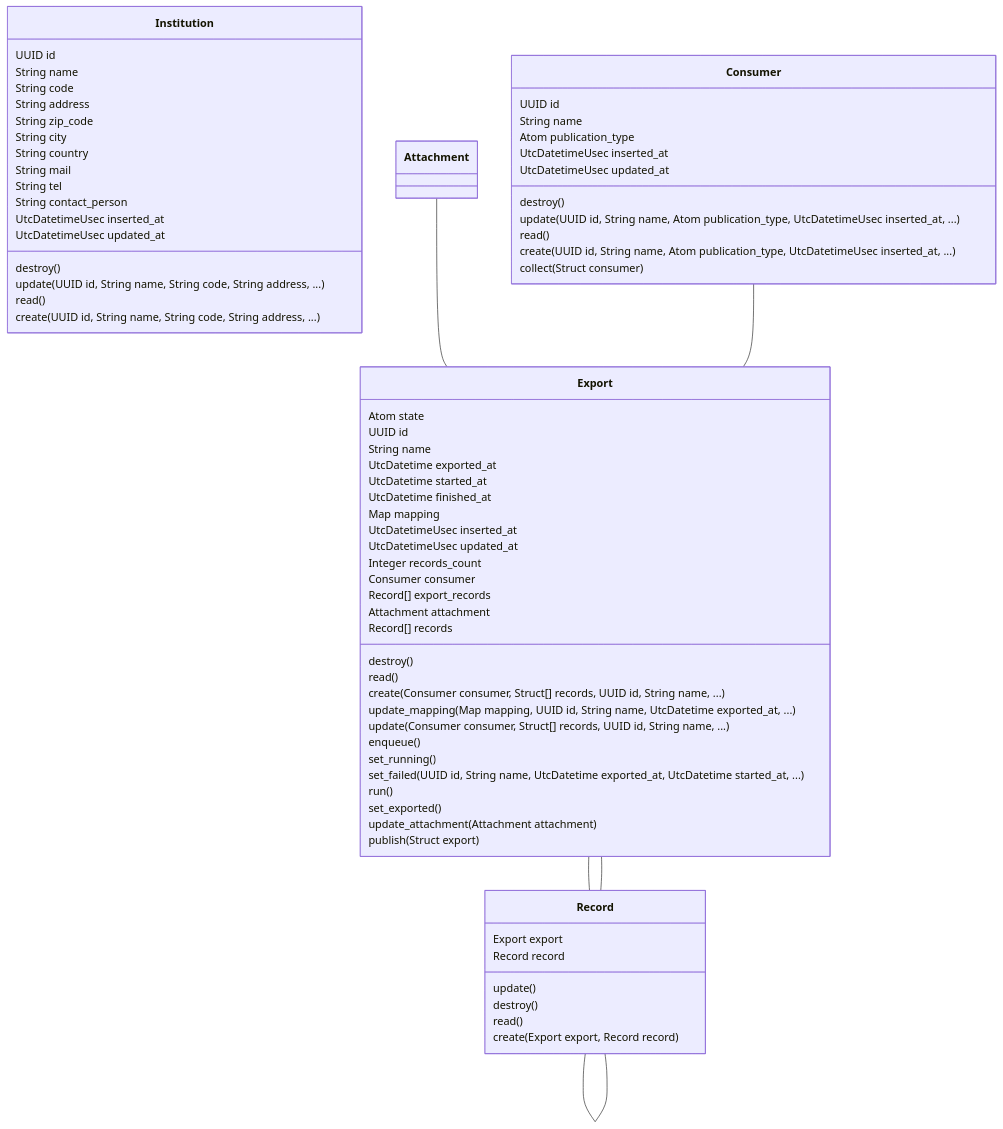
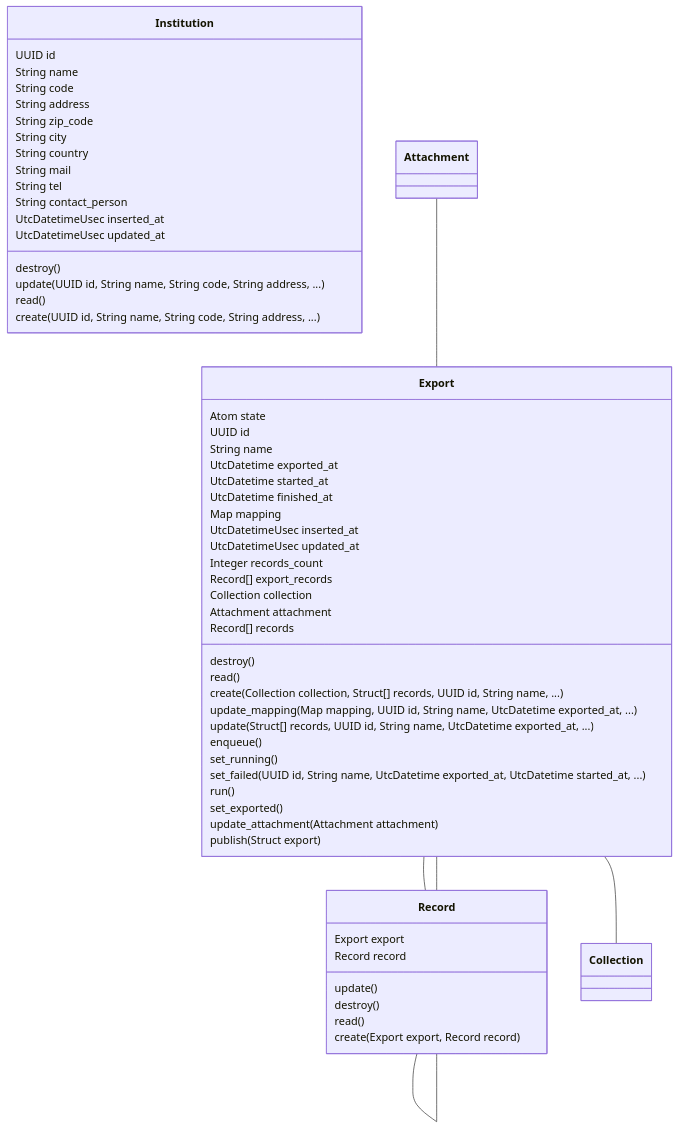
The diagram in lib/data_aggregator/platform/platform-mermaid-class-diagram.md (zebbra/data_aggregator), drawn with Mermaid before and after one commit. The commit also changed 6 other files, not shown here.

````diff
--- a/lib/data_aggregator/platform/platform-mermaid-class-diagram.md
+++ b/lib/data_aggregator/platform/platform-mermaid-class-diagram.md
@@ -1,76 +1,64 @@
 ```mermaid
 classDiagram
     class Institution {
         UUID id
         String name
         String code
         String address
         String zip_code
         String city
         String country
         String mail
         String tel
         String contact_person
         UtcDatetimeUsec inserted_at
         UtcDatetimeUsec updated_at
         destroy()
         update(UUID id, String name, String code, String address, ...)
         read()
         create(UUID id, String name, String code, String address, ...)
     }
-    class Consumer {
-        UUID id
-        String name
-        Atom publication_type
-        UtcDatetimeUsec inserted_at
-        UtcDatetimeUsec updated_at
-        destroy()
-        update(UUID id, String name, Atom publication_type, UtcDatetimeUsec inserted_at, ...)
-        read()
-        create(UUID id, String name, Atom publication_type, UtcDatetimeUsec inserted_at, ...)
-        collect(Struct consumer)
-    }
     class Export {
         Atom state
         UUID id
         String name
         UtcDatetime exported_at
         UtcDatetime started_at
         UtcDatetime finished_at
         Map mapping
         UtcDatetimeUsec inserted_at
         UtcDatetimeUsec updated_at
         Integer records_count
-        Consumer consumer
         Record[] export_records
+        Collection collection
         Attachment attachment
         Record[] records
         destroy()
         read()
-        create(Consumer consumer, Struct[] records, UUID id, String name, ...)
+        create(Collection collection, Struct[] records, UUID id, String name, ...)
         update_mapping(Map mapping, UUID id, String name, UtcDatetime exported_at, ...)
-        update(Consumer consumer, Struct[] records, UUID id, String name, ...)
+        update(Struct[] records, UUID id, String name, UtcDatetime exported_at, ...)
         enqueue()
         set_running()
         set_failed(UUID id, String name, UtcDatetime exported_at, UtcDatetime started_at, ...)
         run()
         set_exported()
         update_attachment(Attachment attachment)
         publish(Struct export)
     }
     class Record {
         Export export
         Record record
         update()
         destroy()
         read()
         create(Export export, Record record)
     }
 
     Attachment -- Export
-    Consumer -- Export
     Export -- Record
+    Export -- Collection
     Export -- Record
     Record -- Record
 
 ```
````
